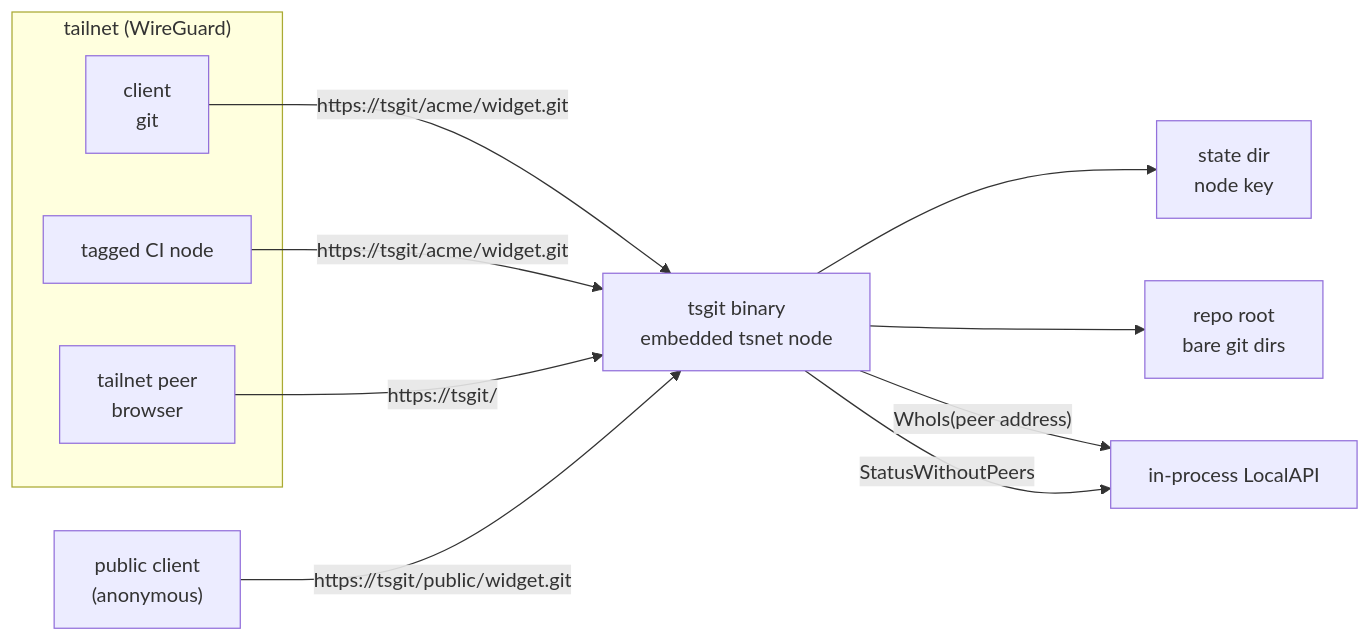
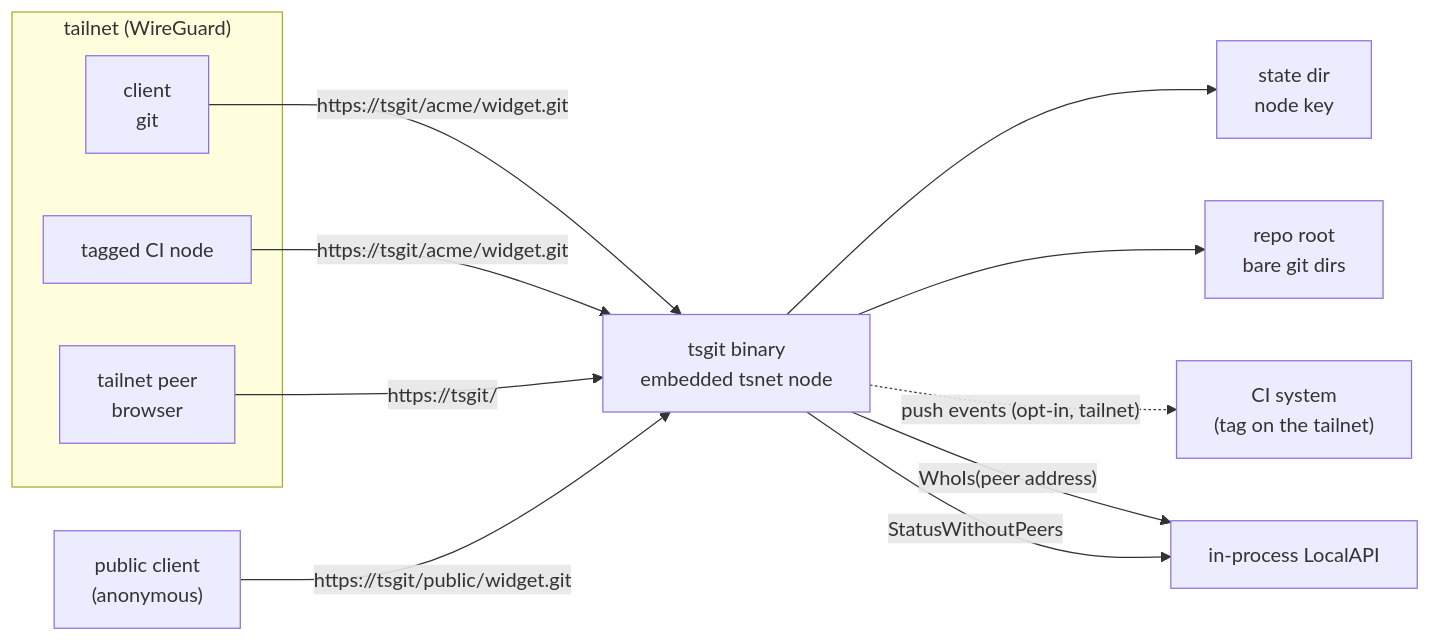
Before and after one commit to kevindurb/tsgit: the diagram in docs/architecture.md, drawn with Mermaid. The commit also changed other lines of this file and 24 other files, not shown here.

Commit message:
add-webhooks: implement tailnet push webhooks

````diff
--- a/docs/architecture.md
+++ b/docs/architecture.md
@@ -15,21 +15,22 @@
 ```mermaid
 flowchart LR
     subgraph tailnet["tailnet (WireGuard)"]
         client["client<br/>git"]
         tagged["tagged CI node"]
         browser["tailnet peer<br/>browser"]
     end
     public["public client<br/>(anonymous)"]
     tsgit["tsgit binary<br/>embedded tsnet node"]
     state["state dir<br/>node key"]
     repos["repo root<br/>bare git dirs"]
 
     client -- "https://tsgit/acme/widget.git" --> tsgit
     tagged -- "https://tsgit/acme/widget.git" --> tsgit
     browser -- "https://tsgit/" --> tsgit
     public -- "https://tsgit/public/widget.git" --> tsgit
     tsgit --> state
     tsgit --> repos
+    tsgit -. "push events (opt-in, tailnet)" .-> ci["CI system<br/>(tag on the tailnet)"]
     tsgit -- "WhoIs(peer address)" --> localapi["in-process LocalAPI"]
     tsgit -- "StatusWithoutPeers" --> localapi
 ```
````
